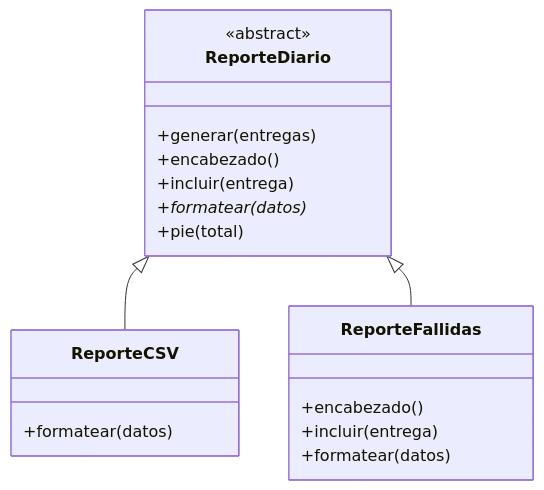
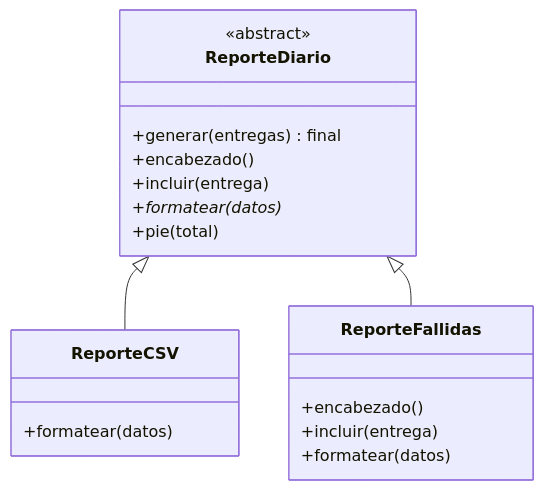
The third of 8 diagrams in web/public/content/foundations/modulo-9.md (NICORUIZ93/The_Imperial_Book), drawn with Mermaid before and after one commit. The commit also changed other lines of this file and 1 other file, not shown here.

````diff
--- a/web/public/content/foundations/modulo-9.md
+++ b/web/public/content/foundations/modulo-9.md
@@ -764,21 +873,21 @@
 ```mermaid
 classDiagram
     class ReporteDiario {
       <<abstract>>
-      +generar(entregas)
+      +generar(entregas) final
       +encabezado()
       +incluir(entrega)
       +formatear(datos)*
       +pie(total)
     }
     class ReporteCSV {
       +formatear(datos)
     }
     class ReporteFallidas {
       +encabezado()
       +incluir(entrega)
       +formatear(datos)
     }
     ReporteDiario <|-- ReporteCSV
     ReporteDiario <|-- ReporteFallidas
 ```
````
